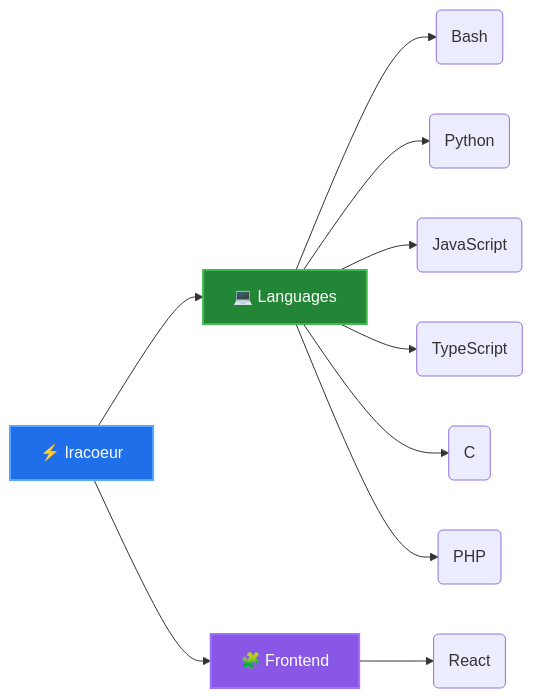
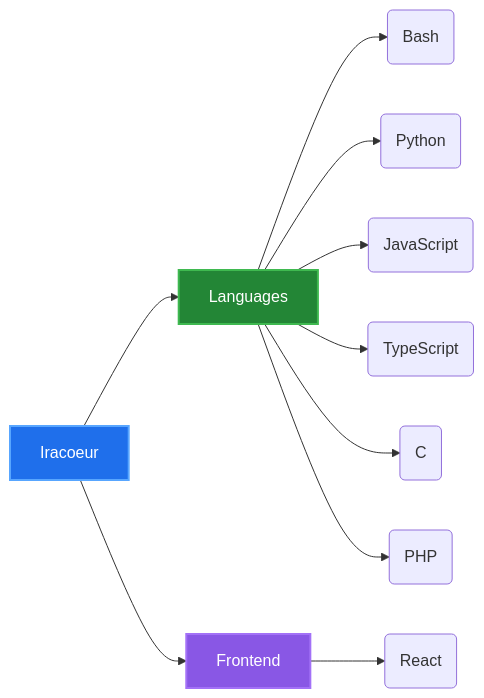
One commit to Iracoeur/Iracoeur changed the diagram in README.md. Above: the diagram before and after it, drawn with Mermaid. The commit also changed other lines of this file, not shown here.

````diff
--- a/README.md
+++ b/README.md
@@ -25,18 +22,18 @@
 ```mermaid
 graph LR
-    A[⚡ Iracoeur] --> B[💻 Languages]
-    A --> C[🧩 Frontend]
+    A[Iracoeur] --> B[Languages]
+    A --> C[Frontend]
     
     B --> B1(Bash)
     B --> B2(Python)
     B --> B3(JavaScript)
     B --> B4(TypeScript)
     B --> B5(C)
     B --> B6(PHP)
     
     C --> C1(React)
 
     style A fill:#1f6feb,stroke:#58a6ff,stroke-width:2px,color:#fff
     style B fill:#238636,stroke:#3fb950,stroke-width:2px,color:#fff
     style C fill:#8957e5,stroke:#a371f7,stroke-width:2px,color:#fff
 ```
````
